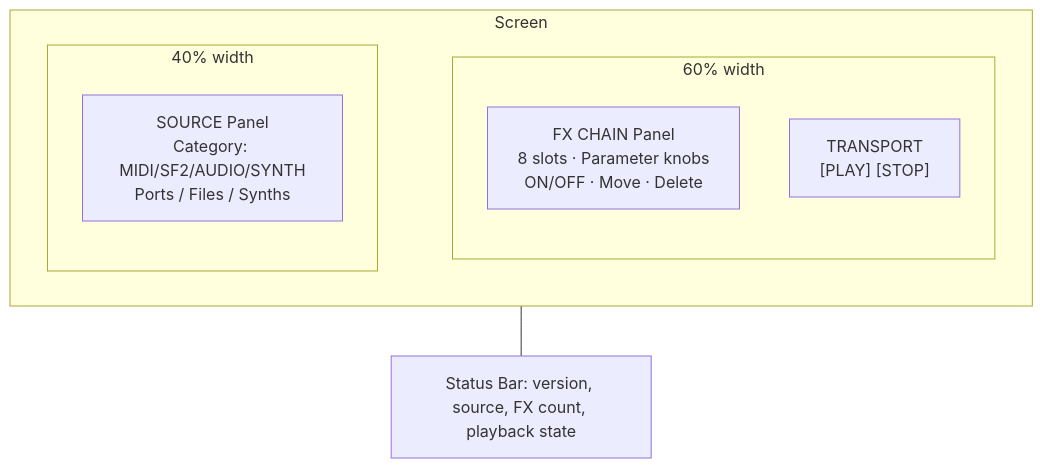
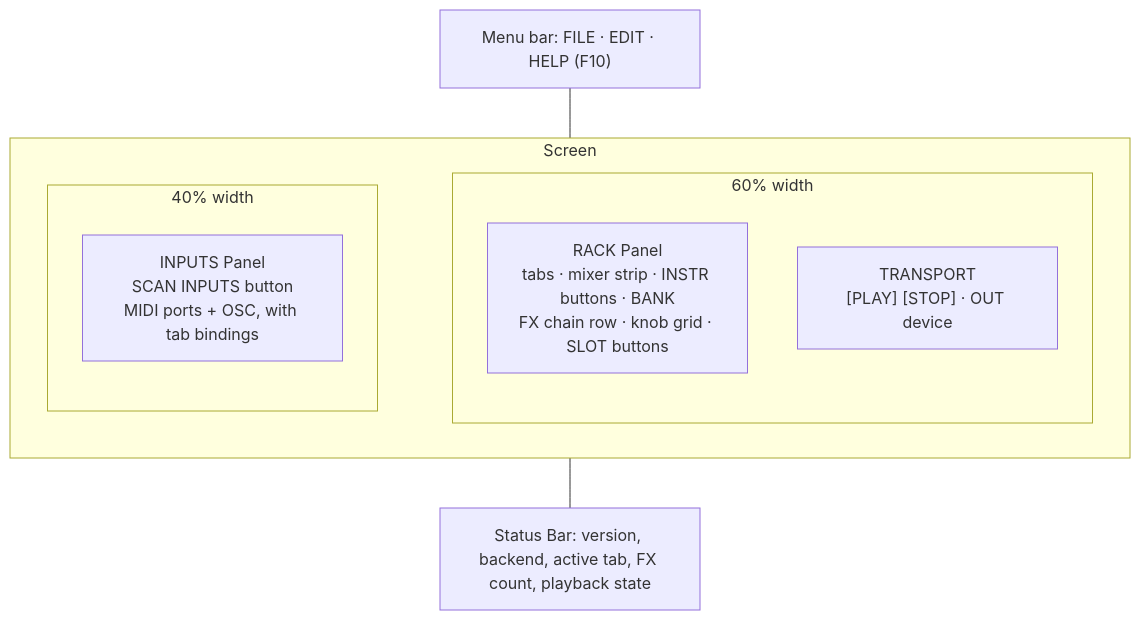
Before and after one commit to jacodelia/choz: the sixth of 8 diagrams in docs/architecture.md, drawn with Mermaid. The commit also changed other lines of this file and 3 other files, not shown here.

````diff
--- a/docs/architecture.md
+++ b/docs/architecture.md
@@ -215,17 +277,19 @@
 ```mermaid
 flowchart TB
+    MB["Menu bar: FILE · EDIT · HELP (F10)"]
     subgraph Screen
         direction LR
         subgraph Left["40% width"]
-            SP["SOURCE Panel<br/>Category: MIDI/SF2/AUDIO/SYNTH<br/>Ports / Files / Synths"]
+            SP["INPUTS Panel<br/>SCAN INPUTS button<br/>MIDI ports + OSC, with tab bindings"]
         end
         subgraph Right["60% width"]
-            FXP["FX CHAIN Panel<br/>8 slots · Parameter knobs<br/>ON/OFF · Move · Delete"]
-            TR["TRANSPORT<br/>[PLAY] [STOP]"]
+            FXP["RACK Panel<br/>tabs · mixer strip · INSTR buttons · BANK<br/>FX chain row · knob grid · SLOT buttons"]
+            TR["TRANSPORT<br/>[PLAY] [STOP] · OUT device"]
         end
     end
-    SB["Status Bar: version, source, FX count, playback state"]
+    SB["Status Bar: version, backend, active tab, FX count, playback state"]
 
+    MB --- Screen
     Left ~~~ Right
     Screen --- SB
 ```
````
